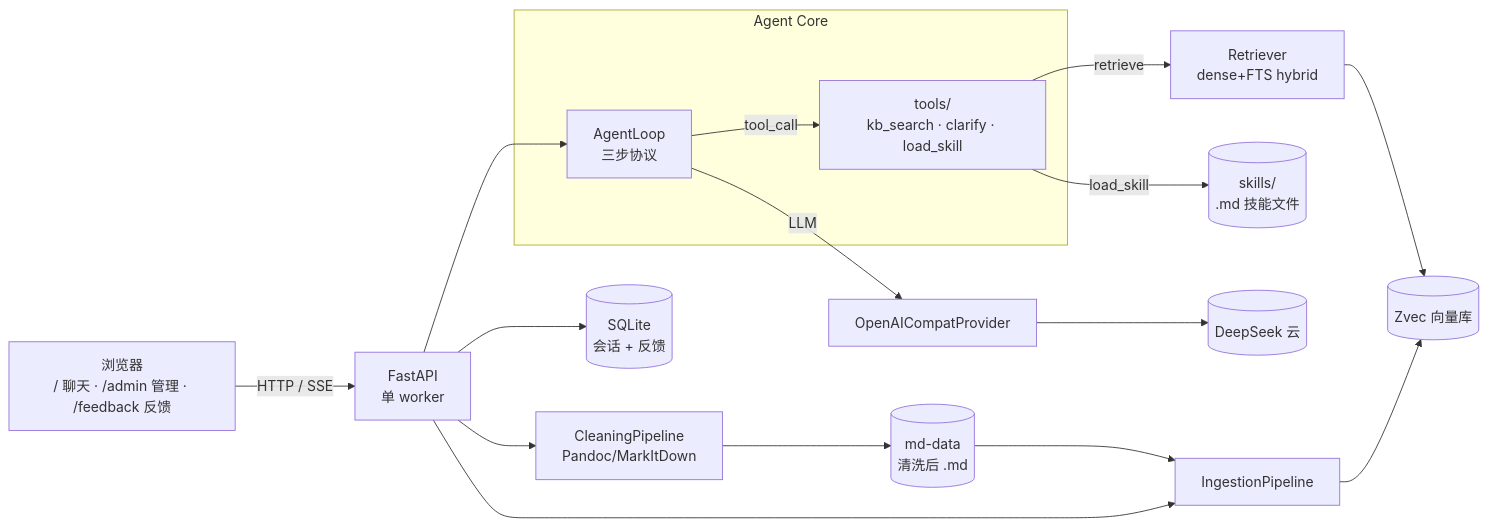
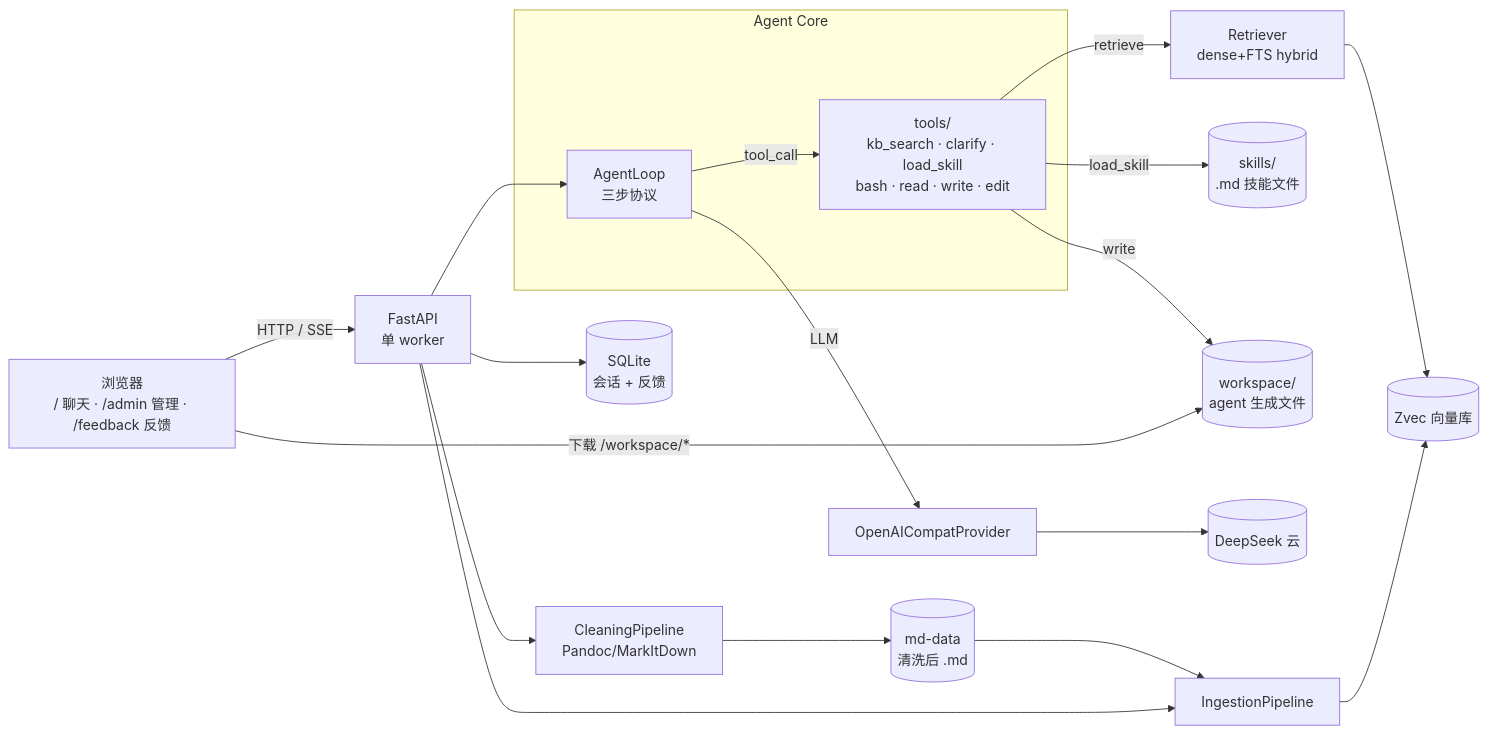
Before and after one commit to AomeNero/AomeRAG: the first of 2 diagrams in README.md, drawn with Mermaid. The commit also changed other lines of this file, not shown here.

````diff
--- a/README.md
+++ b/README.md
@@ -76,21 +77,23 @@
 ```mermaid
 flowchart LR
   Browser["浏览器<br/>/ 聊天 · /admin 管理 · /feedback 反馈"] -->|HTTP / SSE| API["FastAPI<br/>单 worker"]
   subgraph Core["Agent Core"]
     Loop["AgentLoop<br/>三步协议"]
-    Tools["tools/<br/>kb_search · clarify · load_skill"]
+    Tools["tools/<br/>kb_search · clarify · load_skill<br/>bash · read · write · edit"]
   end
   API --> Loop
   Loop -->|tool_call| Tools
   Tools -->|retrieve| Retr["Retriever<br/>dense+FTS hybrid"]
   Retr --> Zv[("Zvec 向量库")]
   Tools -->|load_skill| Skills[("skills/<br/>.md 技能文件")]
+  Tools -->|write| WS[("workspace/<br/>agent 生成文件")]
+  Browser -->|"下载 /workspace/*"| WS
   Loop -->|LLM| Prov["OpenAICompatProvider"]
   Prov --> DS[("DeepSeek 云")]
   Clean["CleaningPipeline<br/>Pandoc/MarkItDown"] --> MD[("md-data<br/>清洗后 .md")]
   MD --> Ingest["IngestionPipeline"]
   Ingest --> Zv
   API --> Clean
   API --> Ingest
   API --> Sess[("SQLite<br/>会话 + 反馈")]
 ```
````
